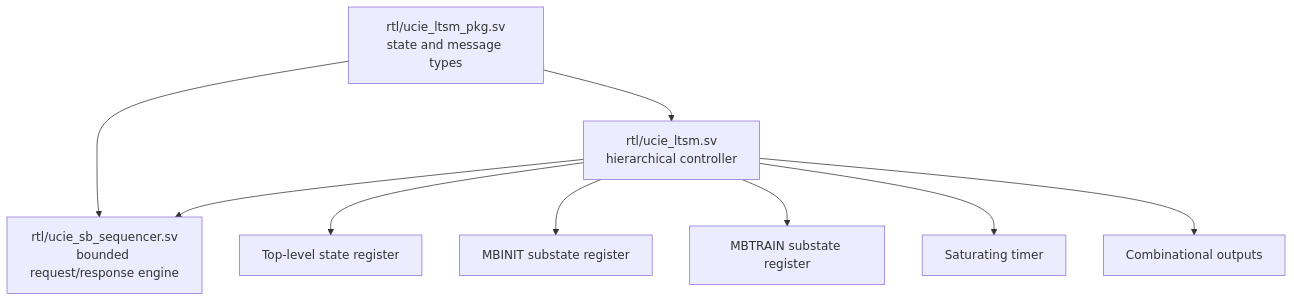
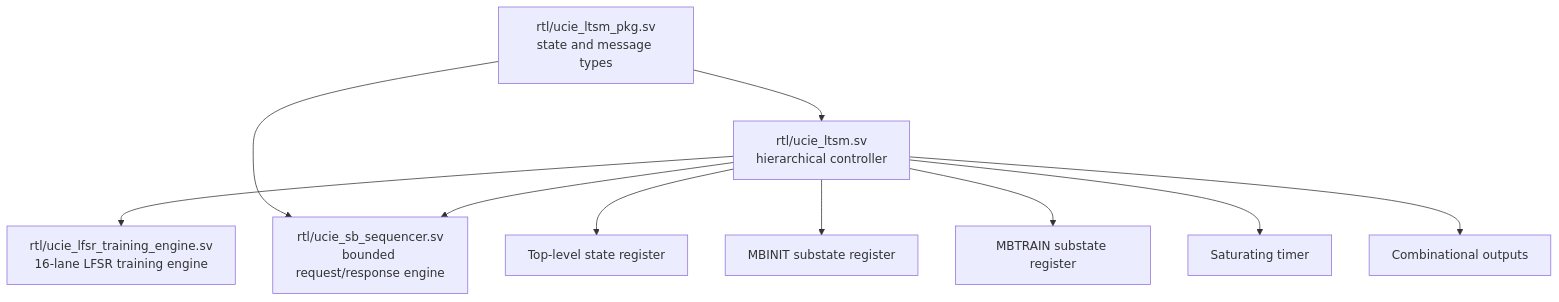
One commit to Varadain/ucie-ltsm changed the diagram in docs/04_rtl/README.md. Above: the diagram before and after it, drawn with Mermaid. The commit also changed other lines of this file and 33 other files, not shown here.

````diff
--- a/docs/04_rtl/README.md
+++ b/docs/04_rtl/README.md
@@ -5,11 +5,12 @@
 ```mermaid
 flowchart TD
     PKG[rtl/ucie_ltsm_pkg.sv<br/>state and message types] --> DUT[rtl/ucie_ltsm.sv<br/>hierarchical controller]
     PKG --> SEQ[rtl/ucie_sb_sequencer.sv<br/>bounded request/response engine]
+    DUT --> TRAIN[rtl/ucie_lfsr_training_engine.sv<br/>16-lane LFSR training engine]
     DUT --> SEQ
     DUT --> STATE[Top-level state register]
     DUT --> MBI[MBINIT substate register]
     DUT --> MBT[MBTRAIN substate register]
     DUT --> TIMER[Saturating timer]
     DUT --> OUT[Combinational outputs]
 ```
````
